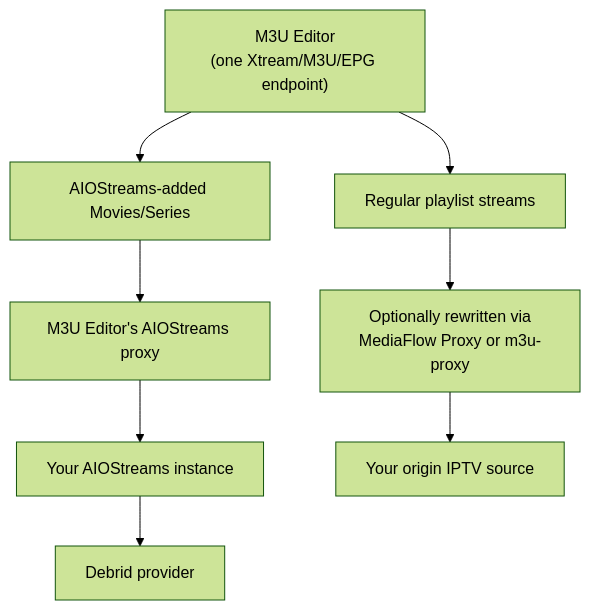
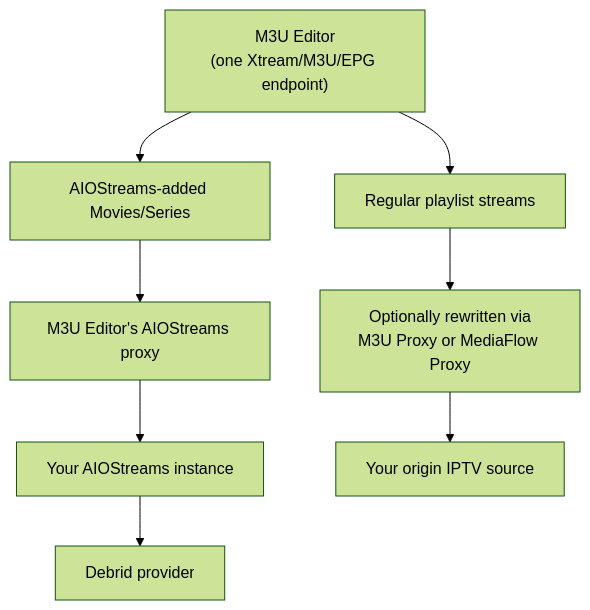
The fourth of 4 diagrams in docs/integrations/overview.md (m3ue/m3u-editor-docs-v2), drawn with Mermaid (forest theme) before and after one commit. The commit also changed other lines of this file and 2 other files, not shown here.

Commit message:
chore: Updating proxy docs

````diff
--- a/docs/integrations/overview.md
+++ b/docs/integrations/overview.md
@@ -55,12 +63,12 @@
 ```mermaid
 flowchart TB
     M3UE["M3U Editor<br/>(one Xtream/M3U/EPG endpoint)"]
     M3UE --> AIOPath["AIOStreams-added Movies/Series"]
     AIOPath --> AIOProxy["M3U Editor's AIOStreams proxy"]
     AIOProxy --> AIOInstance["Your AIOStreams instance"]
     AIOInstance --> DebridP["Debrid provider"]
 
     M3UE --> RegPath["Regular playlist streams"]
-    RegPath --> RegRewrite["Optionally rewritten via<br/>MediaFlow Proxy or m3u-proxy"]
+    RegPath --> RegRewrite["Optionally rewritten via<br/>M3U Proxy or MediaFlow Proxy"]
     RegRewrite --> RegOrigin["Your origin IPTV source"]
 ```
````
